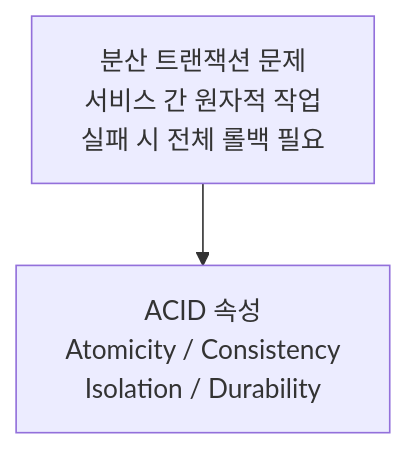
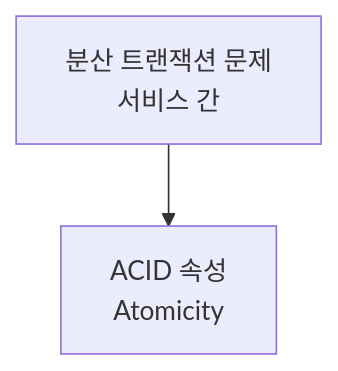
One commit to yjkim2015/yjkim2015.github.io changed the first of 14 diagrams in _posts/architecture/2026-05-02-distributed-transaction-deep.md. Above: the diagram before and after it, drawn with Mermaid. The commit also changed other lines of this file and 271 other files, not shown here.

First line of the commit message:
Mermaid 라벨 축소: 긴 노드 텍스트 18자 이하로 트림 + \n 제거

````diff
--- a/_posts/architecture/2026-05-02-distributed-transaction-deep.md
+++ b/_posts/architecture/2026-05-02-distributed-transaction-deep.md
@@ -24,5 +24,5 @@
 ```mermaid
 graph TD
-    Problem["분산 트랜잭션 문제\n서비스 간 원자적 작업\n실패 시 전체 롤백 필요"]
-    Problem --> ACID["ACID 속성\nAtomicity / Consistency\nIsolation / Durability"]
+    Problem["분산 트랜잭션 문제\n서비스 간"]
+    Problem --> ACID["ACID 속성\nAtomicity"]
 ```
````
